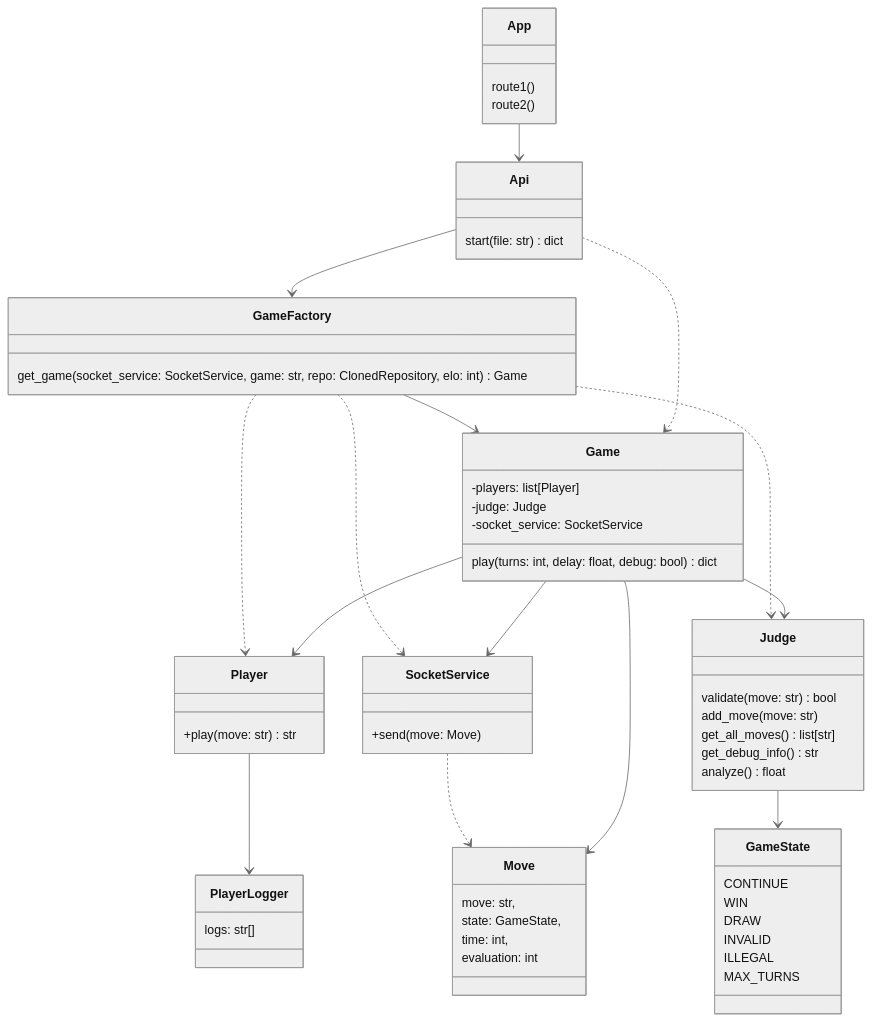
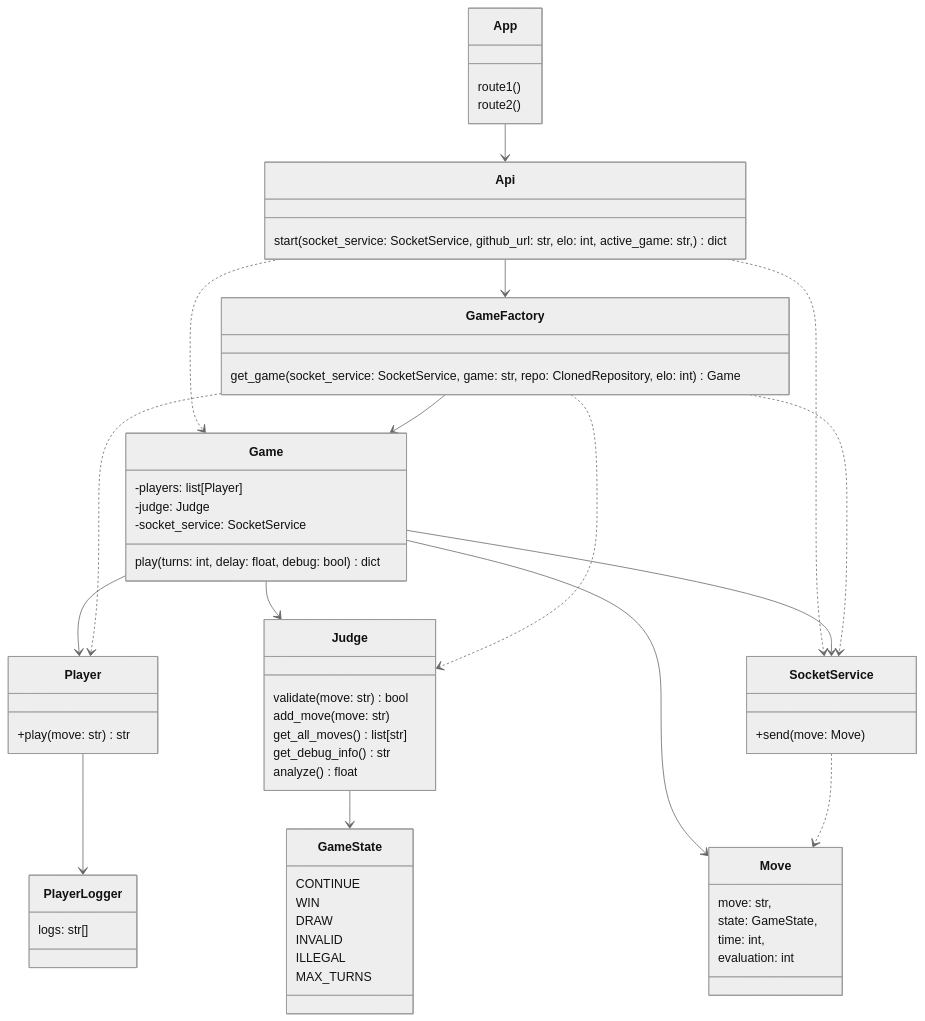
Before and after one commit to game-ai-platform-team/tira-ai-platform: the third of 5 diagrams in docs/architecture.md, drawn with Mermaid (neutral theme).

Commit message:
docs: Update architecture

````diff
--- a/docs/architecture.md
+++ b/docs/architecture.md
@@ -95,76 +95,77 @@
 ```mermaid
 classDiagram
 
 App --> Api
 Api ..> Game
 Api --> GameFactory
+Api ..> SocketService
 Game --> Player
 Game --> Judge
 Game --> Move
 Game --> SocketService
 GameFactory --> Game
 GameFactory ..> Judge
 GameFactory ..> Player
 GameFactory ..> SocketService
 Judge --> GameState
 Player --> PlayerLogger
 
 SocketService ..> Move
 
 class GameFactory {
     get_game(socket_service: SocketService, game: str, repo: ClonedRepository, elo: int) Game
 }
 
 class Game {
     -players: list[Player]
     -judge: Judge
     -socket_service: SocketService
 
     play(turns: int, delay: float, debug: bool) dict
 }
 
 class SocketService {
     +send(move: Move)
 }
 
 class Judge {
     validate(move: str) bool
     add_move(move: str)
     get_all_moves() list[str]
     get_debug_info() str
     analyze() float
 }
 
 class Player {
     +play(move: str) str
 }
 
 class GameState {
     CONTINUE
     WIN
     DRAW
     INVALID
     ILLEGAL
     MAX_TURNS
 }
 
 class PlayerLogger {
     logs: str[]
 }
 
 class Move {
     move: str,
     state: GameState,
     time: int,
     evaluation: int
 }
 
 class Api {
-    start(file: str) dict
+    start(socket_service: SocketService, github_url: str, elo: int, active_game: str,) dict
 }
 
 class App {
     route1()
     route2()
 }
 ```
````
